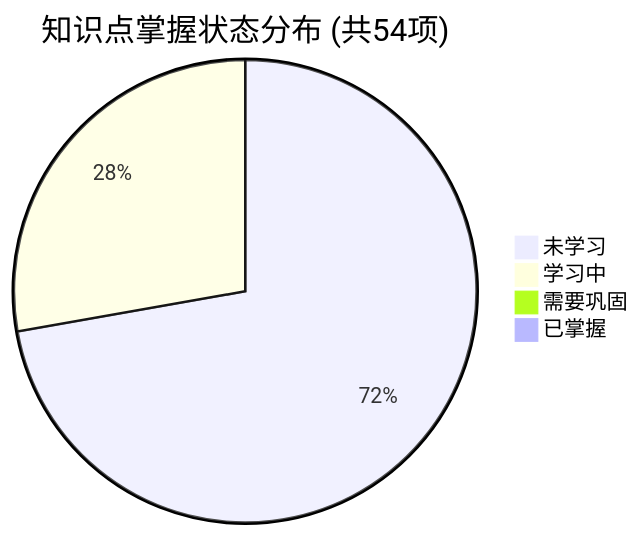
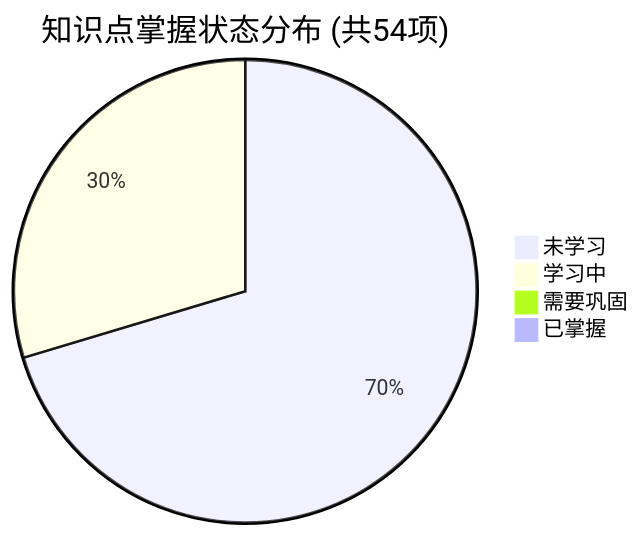
The first of 2 diagrams in PROGRESS.md (tieke1121/tech-interview-knowledge-base), drawn with Mermaid before and after one commit. The commit also changed other lines of this file and 1 other file, not shown here.

Commit message:
feat(day18): add distributed workflow orchestration & dolphinscheduler architecture document

````diff
--- a/PROGRESS.md
+++ b/PROGRESS.md
@@ -23,7 +23,7 @@
 ```mermaid
 pie title 知识点掌握状态分布 (共54项)
-    "未学习" : 39
-    "学习中" : 15
+    "未学习" : 38
+    "学习中" : 16
     "需要巩固" : 0
     "已掌握" : 0
 ```
````
